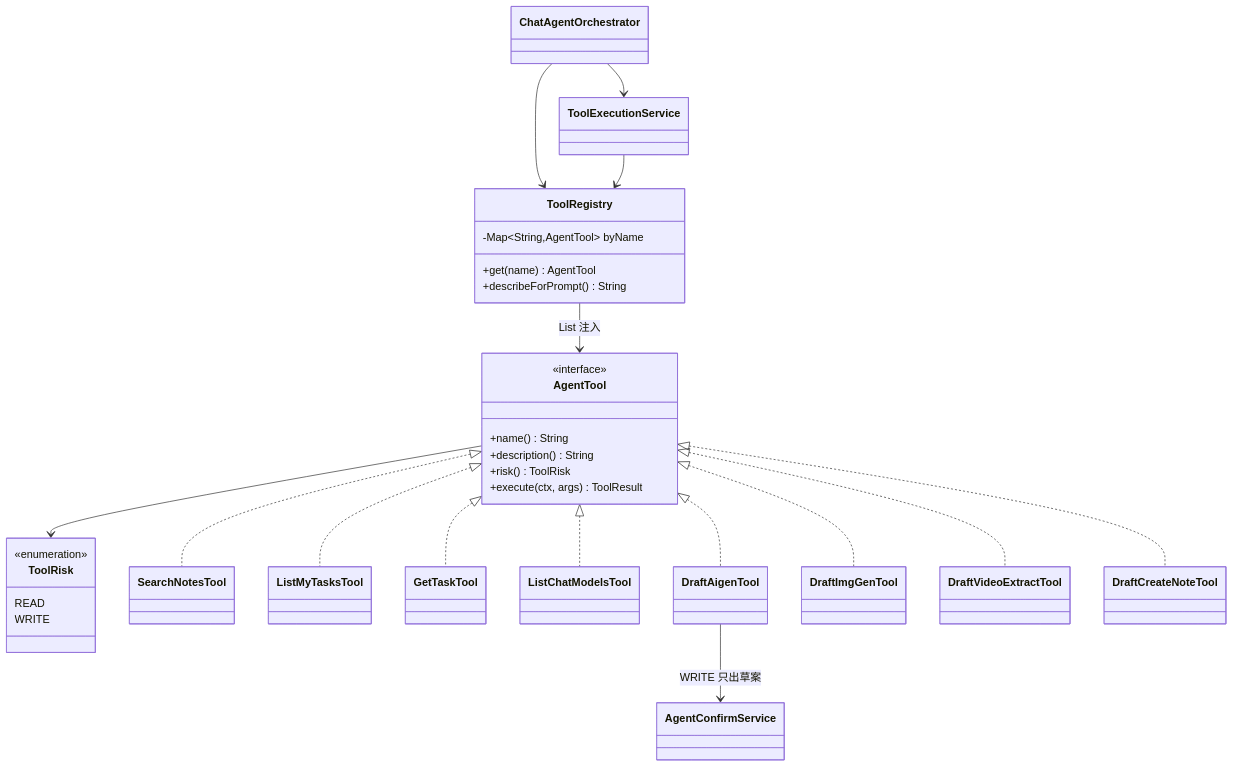
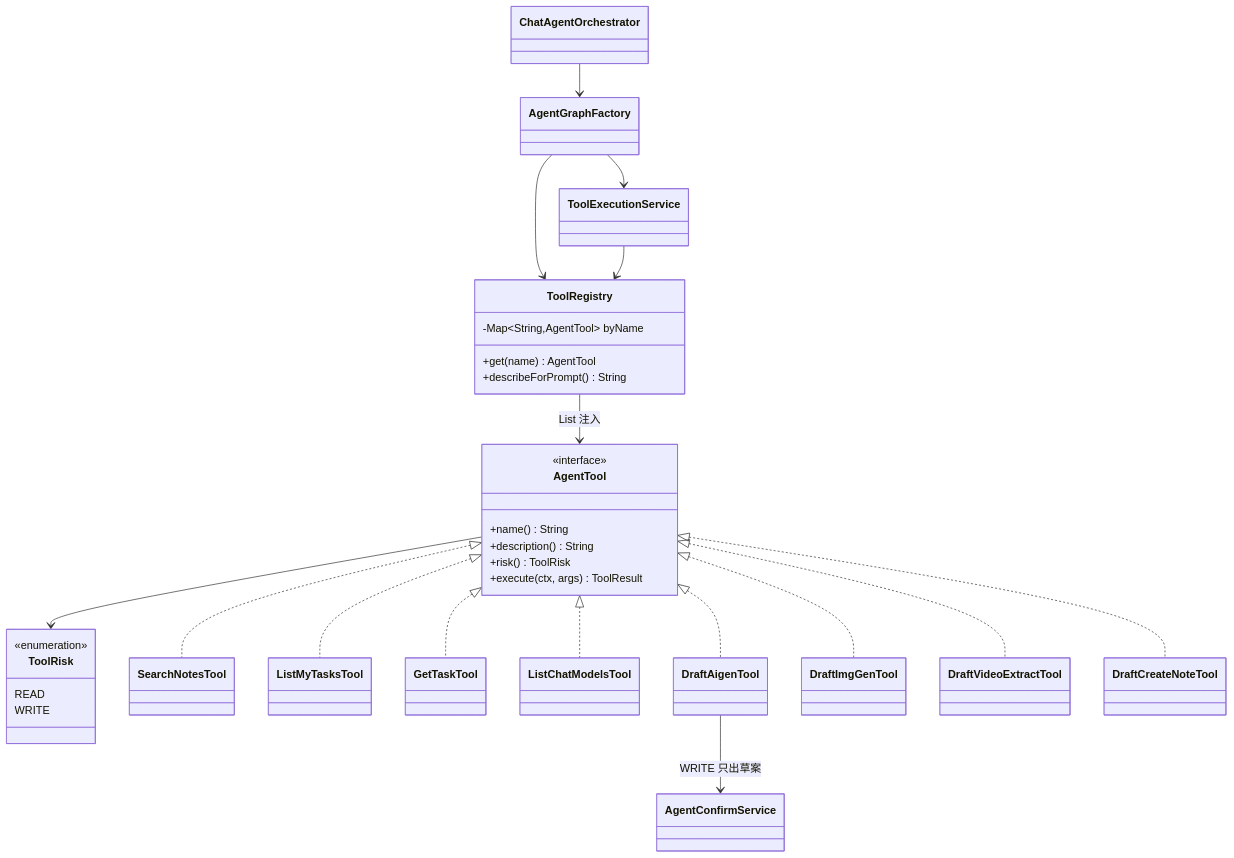
One commit to Yang-dongwen/ai-knowledge changed the fifth of 13 diagrams in okx-bot/doc/后端设计模式落地说明.md. Above: the diagram before and after it, drawn with Mermaid. The commit also changed other lines of this file and 85 other files, not shown here.

````diff
--- a/okx-bot/doc/后端设计模式落地说明.md
+++ b/okx-bot/doc/后端设计模式落地说明.md
@@ -260,48 +260,50 @@
 ```mermaid
 classDiagram
     class AgentTool {
         <<interface>>
         +name() String
         +description() String
         +risk() ToolRisk
         +execute(ctx, args) ToolResult
     }
     class ToolRisk {
         <<enumeration>>
         READ
         WRITE
     }
     class ToolRegistry {
         -Map~String,AgentTool~ byName
         +get(name) AgentTool
         +describeForPrompt() String
     }
     class ToolExecutionService
     class ChatAgentOrchestrator
+    class AgentGraphFactory
     class AgentConfirmService
 
     class SearchNotesTool
     class ListMyTasksTool
     class GetTaskTool
     class ListChatModelsTool
     class DraftAigenTool
     class DraftImgGenTool
     class DraftVideoExtractTool
     class DraftCreateNoteTool
 
     AgentTool <|.. SearchNotesTool
     AgentTool <|.. ListMyTasksTool
     AgentTool <|.. GetTaskTool
     AgentTool <|.. ListChatModelsTool
     AgentTool <|.. DraftAigenTool
     AgentTool <|.. DraftImgGenTool
     AgentTool <|.. DraftVideoExtractTool
     AgentTool <|.. DraftCreateNoteTool
     AgentTool --> ToolRisk
 
     ToolRegistry --> AgentTool : List 注入
-    ChatAgentOrchestrator --> ToolRegistry
-    ChatAgentOrchestrator --> ToolExecutionService
+    ChatAgentOrchestrator --> AgentGraphFactory
+    AgentGraphFactory --> ToolRegistry
+    AgentGraphFactory --> ToolExecutionService
     ToolExecutionService --> ToolRegistry
     DraftAigenTool --> AgentConfirmService : WRITE 只出草案
 ```
````
